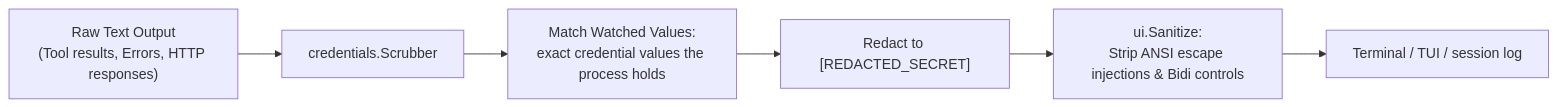
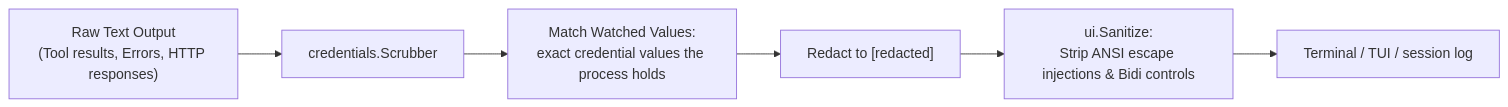
One commit to bharathvbcr/Manvi changed the seventh of 7 diagrams in docs/POLICY_AND_SAFETY.md. Above: the diagram before and after it, drawn with Mermaid. The commit also changed other lines of this file and 2 other files, not shown here.

Commit message:
docs: record the locked-memory round and draft the memguard report
HARDENING_LEDGER gains a round for the memguard deadlock, the scrubber
that reported clean text it had not checked, and the launcher that
handed its environment on. POLICY_AND_SAFETY's scrubber section says
what an unarmed scrubber does, and its diagram names the marker the code
writes ([redacted], not [REDACTED_SECRET]).

docs/upstream/memguard-coffer-deadlock.md is an unposted draft for
awnumar/memguard#173: the coffer-mutex deadlock that PR #174 does not
cover.

````diff
--- a/docs/POLICY_AND_SAFETY.md
+++ b/docs/POLICY_AND_SAFETY.md
@@ -323,8 +323,8 @@
 ```mermaid
 flowchart LR
     Source["Raw Text Output<br/>(Tool results, Errors, HTTP responses)"] --> Scrubber["credentials.Scrubber"]
     Scrubber --> PatternMatch["Match Watched Values:<br/>exact credential values the process holds"]
-    PatternMatch --> Redact["Redact to [REDACTED_SECRET]"]
+    PatternMatch --> Redact["Redact to [redacted]"]
     Redact --> Sanitize["ui.Sanitize:<br/>Strip ANSI escape injections & Bidi controls"]
     Sanitize --> Sink["Terminal / TUI / session log"]
 ```
````
